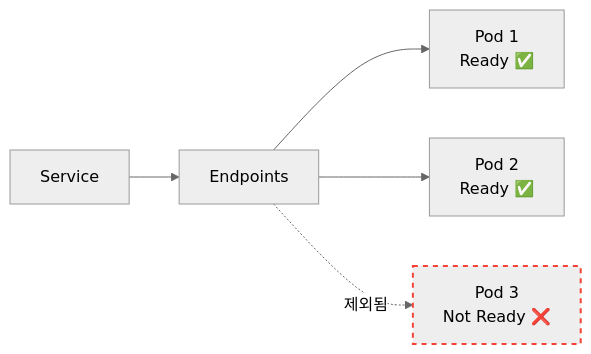
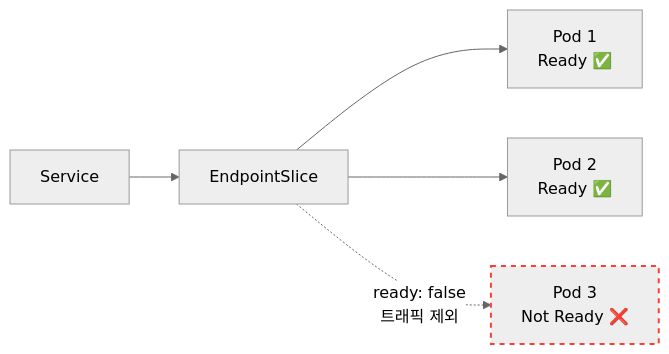
The fifth of 15 diagrams in kubernetes/Kubernetes-Service-ClusterIP-NodePort-LoadBalancer.md (sskim91/TIL), drawn with Mermaid (neutral theme) before and after one commit. The commit also changed other lines of this file and 3 other files, not shown here.

````diff
--- a/kubernetes/Kubernetes-Service-ClusterIP-NodePort-LoadBalancer.md
+++ b/kubernetes/Kubernetes-Service-ClusterIP-NodePort-LoadBalancer.md
@@ -233,10 +235,10 @@
 ```mermaid
 flowchart LR
-    SVC[Service] --> EP[Endpoints]
+    SVC[Service] --> EP[EndpointSlice]
 
     EP --> P1["Pod 1<br>Ready ✅"]
     EP --> P2["Pod 2<br>Ready ✅"]
-    EP -.->|"제외됨"| P3["Pod 3<br>Not Ready ❌"]
+    EP -.->|"ready: false<br>트래픽 제외"| P3["Pod 3<br>Not Ready ❌"]
 
     style P3 stroke:#f44336,stroke-width:2px,stroke-dasharray: 5 5
 ```
````
